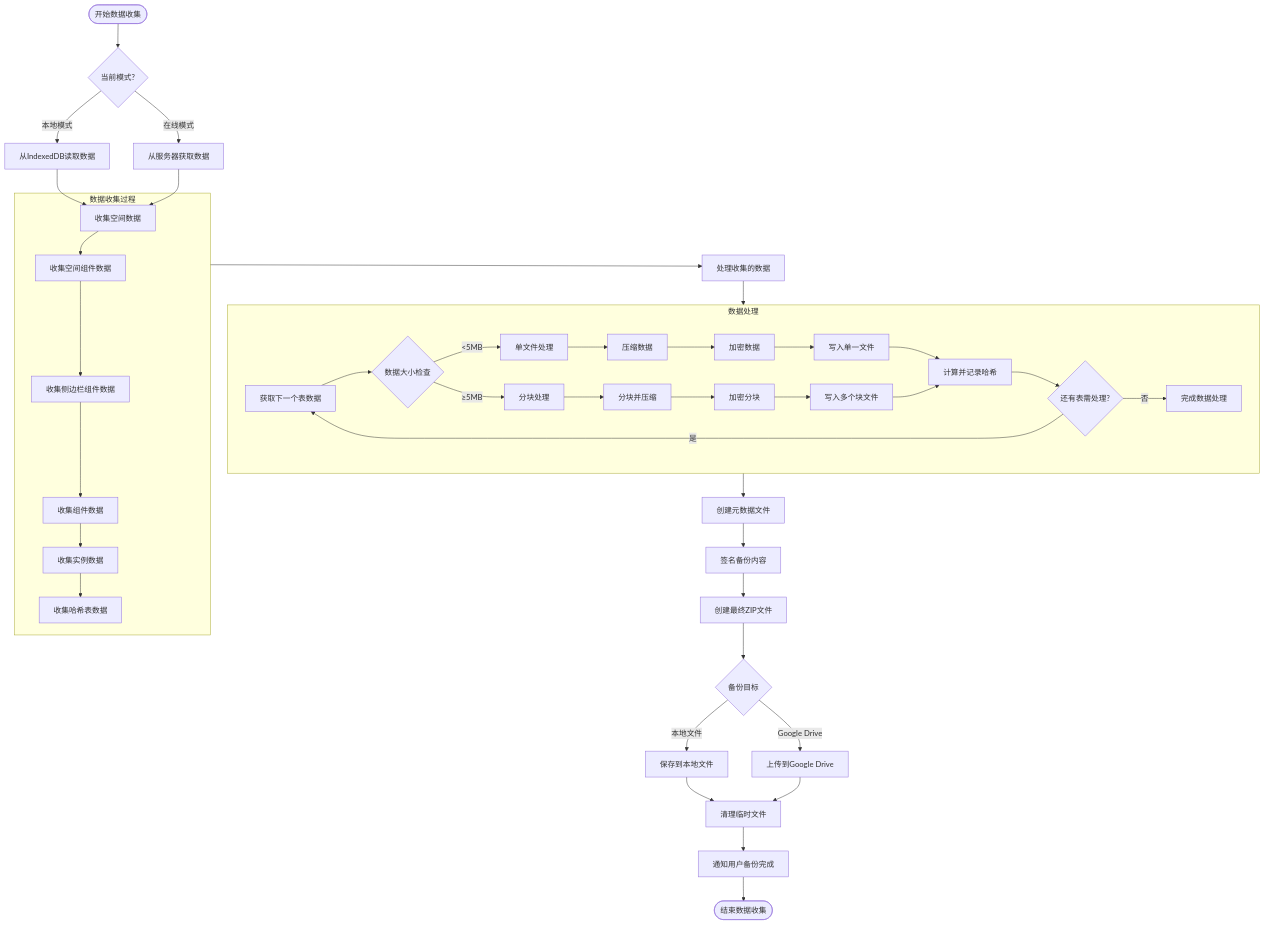
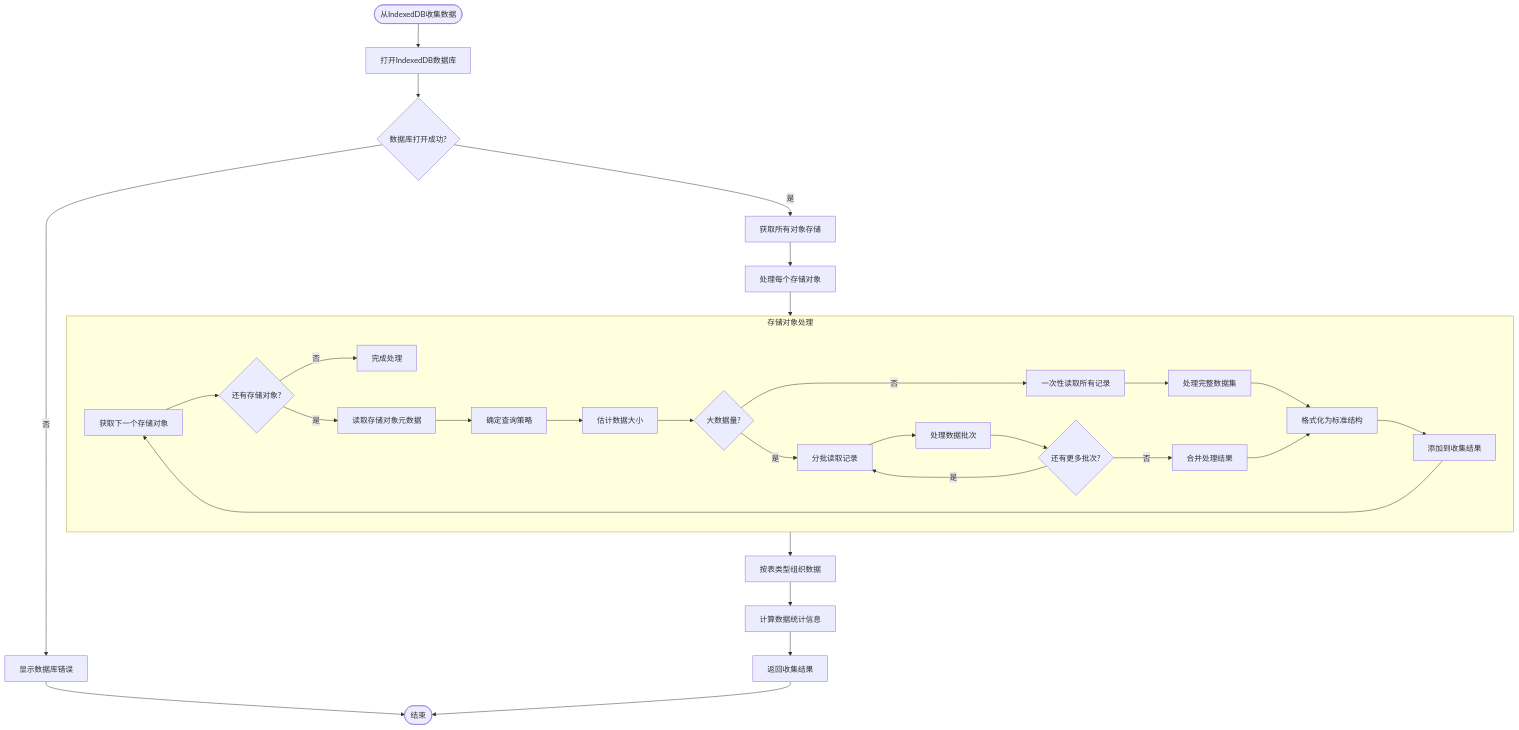
One commit to yingjianzh/iodraw-files changed the diagram in all/未命名-52.md. Above: the diagram before and after it, drawn with Mermaid.

Commit message:
2025-05-09 14:04:30 update

````diff
--- a/all/未命名-52.md
+++ b/all/未命名-52.md
@@ -1,58 +1,46 @@
 ```mermaid
 flowchart TD
-    Start([开始数据收集]) --> CheckMode{当前模式?}
+    Start([从IndexedDB收集数据]) --> OpenDatabase[打开IndexedDB数据库]
+    OpenDatabase --> DBOpen{数据库打开成功?}
     
-    CheckMode -->|本地模式| ReadFromIndexedDB[从IndexedDB读取数据]
-    CheckMode -->|在线模式| FetchFromServer[从服务器获取数据]
+    DBOpen -->|否| ShowDBError[显示数据库错误]
+    DBOpen -->|是| GetObjectStores[获取所有对象存储]
     
-    ReadFromIndexedDB --> CollectCanvas[收集空间数据]
-    FetchFromServer --> CollectCanvas
+    ShowDBError --> End([结束])
     
-    subgraph DataCollection [数据收集过程]
-        CollectCanvas[收集空间数据] --> CollectCanvasComp[收集空间组件数据]
-        CollectCanvasComp --> CollectSidebarComp[收集侧边栏组件数据]
-        CollectSidebarComp --> CollectCompData[收集组件数据]
-        CollectCompData --> CollectInstanceData[收集实例数据]
-        CollectInstanceData --> CollectHashTables[收集哈希表数据]
+    GetObjectStores --> ProcessStores[处理每个存储对象]
+    
+    subgraph StoreProcessing [存储对象处理]
+        A[获取下一个存储对象] --> B{还有存储对象?}
+        B -->|否| ExitLoop[完成处理]
+        B -->|是| C[读取存储对象元数据]
+        
+        C --> D[确定查询策略]
+        D --> E[估计数据大小]
+        
+        E --> F{大数据量?}
+        F -->|否| G1[一次性读取所有记录]
+        F -->|是| G2[分批读取记录]
+        
+        G1 --> H1[处理完整数据集]
+        G2 --> H2[处理数据批次]
+        
+        H2 --> I{还有更多批次?}
+        I -->|是| G2
+        I -->|否| J[合并处理结果]
+        
+        H1 --> K[格式化为标准结构]
+        J --> K
+        
+        K --> L[添加到收集结果]
+        L --> A
     end
     
-    DataCollection --> ProcessCollectedData[处理收集的数据]
+    ProcessStores --> StoreProcessing
     
-    subgraph DataProcessing [数据处理]
-        A[获取下一个表数据] --> B{数据大小检查}
-        B -->|<5MB| C1[单文件处理]
-        B -->|≥5MB| C2[分块处理]
-        
-        C1 --> D1[压缩数据]
-        C2 --> D2[分块并压缩]
-        
-        D1 --> E1[加密数据]
-        D2 --> E2[加密分块]
-        
-        E1 --> F1[写入单一文件]
-        E2 --> F2[写入多个块文件]
-        
-        F1 --> G[计算并记录哈希]
-        F2 --> G
-        
-        G --> H{还有表需处理?}
-        H -->|是| A
-        H -->|否| I[完成数据处理]
-    end
+    StoreProcessing --> OrganizeByTable[按表类型组织数据]
+    OrganizeByTable --> CalculateStats[计算数据统计信息]
+    CalculateStats --> ReturnResults[返回收集结果]
     
-    ProcessCollectedData --> DataProcessing
-    
-    DataProcessing --> CreateMetadataFile[创建元数据文件]
-    CreateMetadataFile --> SignBackupContent[签名备份内容]
-    SignBackupContent --> CreateFinalZip[创建最终ZIP文件]
-    
-    CreateFinalZip --> DestinationType{备份目标}
-    DestinationType -->|本地文件| SaveToLocalFile[保存到本地文件]
-    DestinationType -->|Google Drive| UploadToGDrive[上传到Google Drive]
-    
-    SaveToLocalFile --> CleanupTemp[清理临时文件]
-    UploadToGDrive --> CleanupTemp
-    
-    CleanupTemp --> NotifyUser[通知用户备份完成]
-    NotifyUser --> End([结束数据收集])
+    ReturnResults --> End
 ```
````
